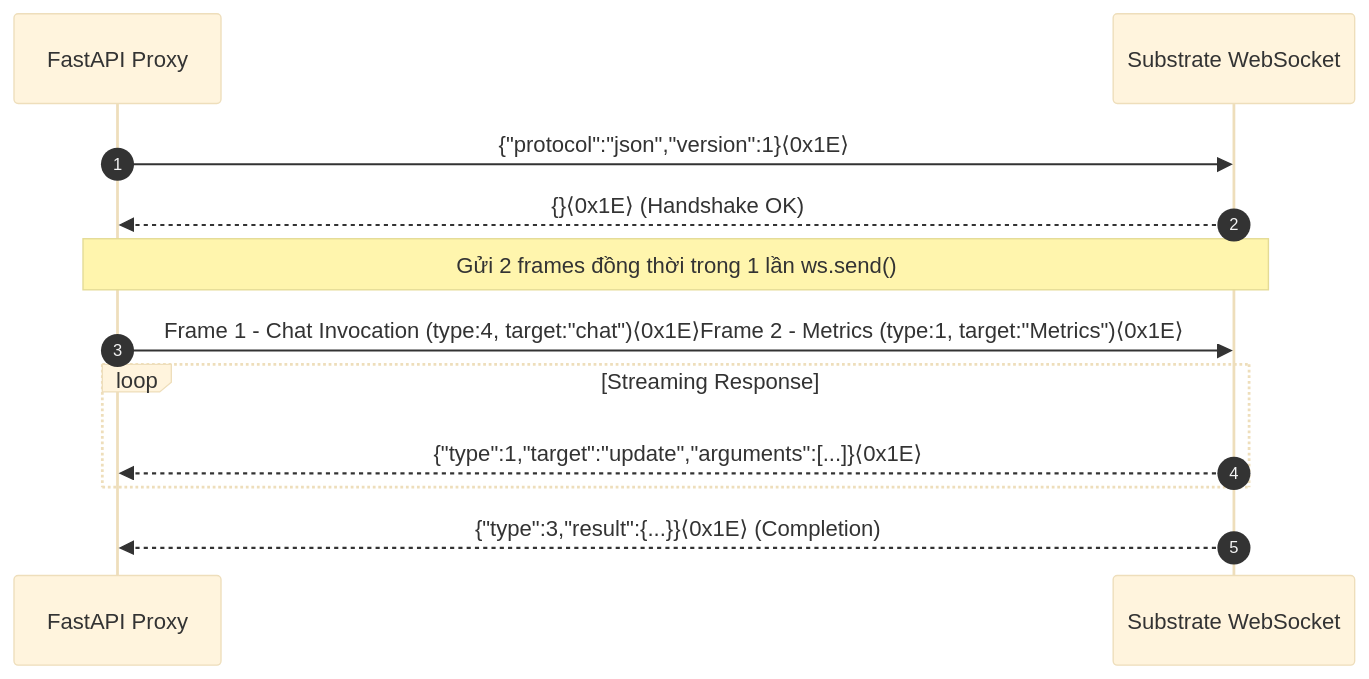
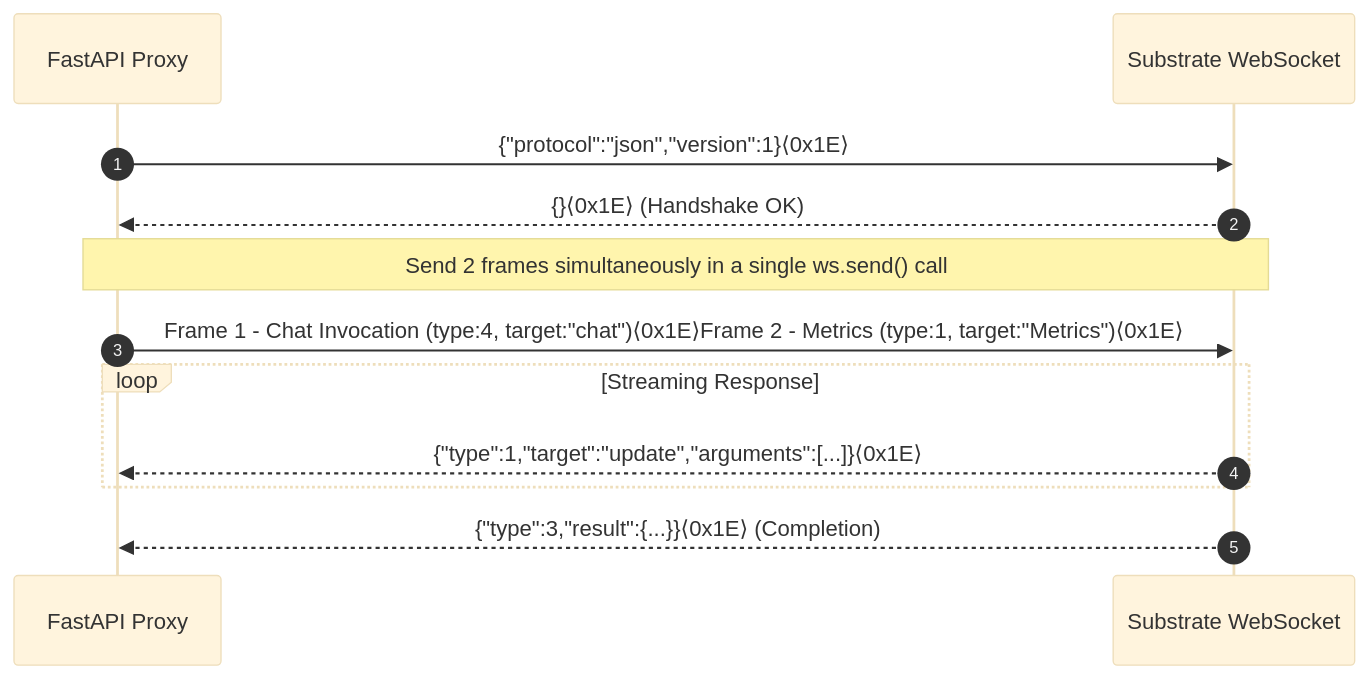
Before and after one commit to lamdt1/ms-copilot365-2api: the fifth of 9 diagrams in docs/SRS.md, drawn with Mermaid (base theme). The commit also changed other lines of this file, not shown here.

````diff
--- a/docs/SRS.md
+++ b/docs/SRS.md
@@ -228,19 +228,19 @@
 ```mermaid
 sequenceDiagram
     autonumber
     participant Proxy as FastAPI Proxy
     participant WS as Substrate WebSocket
 
     Proxy->>WS: {"protocol":"json","version":1}⟨0x1E⟩
     WS-->>Proxy: {}⟨0x1E⟩ (Handshake OK)
     
-    Note over Proxy,WS: Gửi 2 frames đồng thời trong 1 lần ws.send()
+    Note over Proxy,WS: Send 2 frames simultaneously in a single ws.send() call
     
     Proxy->>WS: Frame 1 - Chat Invocation (type:4, target:"chat")⟨0x1E⟩Frame 2 - Metrics (type:1, target:"Metrics")⟨0x1E⟩
     
     loop Streaming Response
         WS-->>Proxy: {"type":1,"target":"update","arguments":[...]}⟨0x1E⟩
     end
     
     WS-->>Proxy: {"type":3,"result":{...}}⟨0x1E⟩ (Completion)
 ```
````
